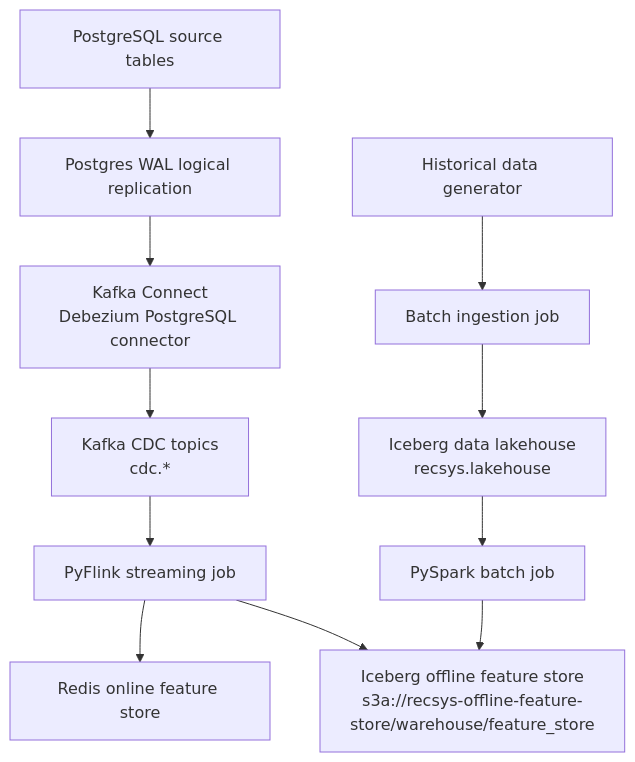
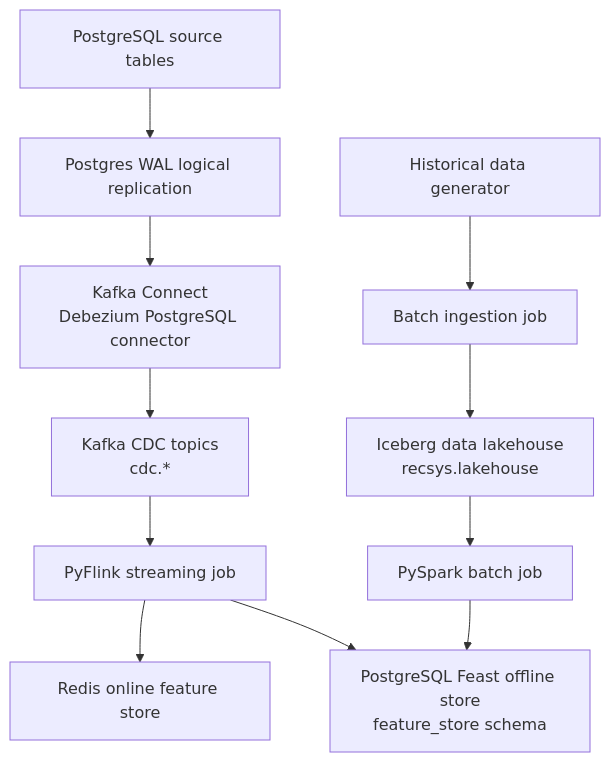
Before and after one commit to itsmekhoathekid/RecSys-MLops: the diagram in apps/data-platform/README.md, drawn with Mermaid. The commit also changed other lines of this file and 80 other files, not shown here.

````diff
--- a/apps/data-platform/README.md
+++ b/apps/data-platform/README.md
@@ -9,20 +9,20 @@
 ```mermaid
 flowchart TD
     A["PostgreSQL source tables"]
     B["Postgres WAL logical replication"]
     C["Kafka Connect<br/>Debezium PostgreSQL connector"]
     D["Kafka CDC topics<br/>cdc.*"]
     E["PyFlink streaming job"]
     F["Redis online feature store"]
-    G["Iceberg offline feature store<br/>s3a://recsys-offline-feature-store/warehouse/feature_store"]
+    G["PostgreSQL Feast offline store<br/>feature_store schema"]
     H["PySpark batch job"]
     I["Historical data generator"]
     J["Batch ingestion job"]
     K["Iceberg data lakehouse<br/>recsys.lakehouse"]
 
     A --> B --> C --> D
     D --> E
     E --> F
     E --> G
     I --> J --> K --> H --> G
 ```
````
